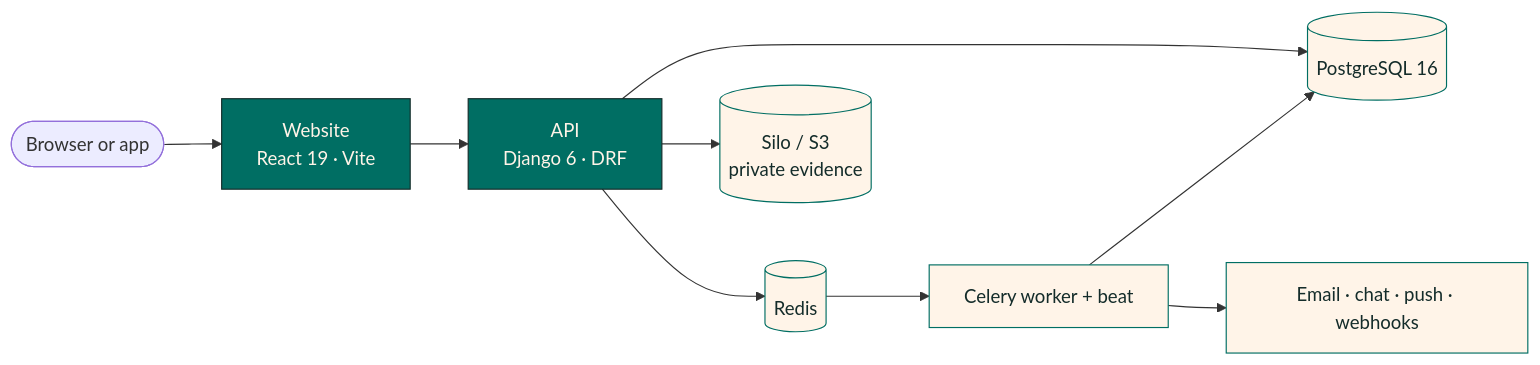
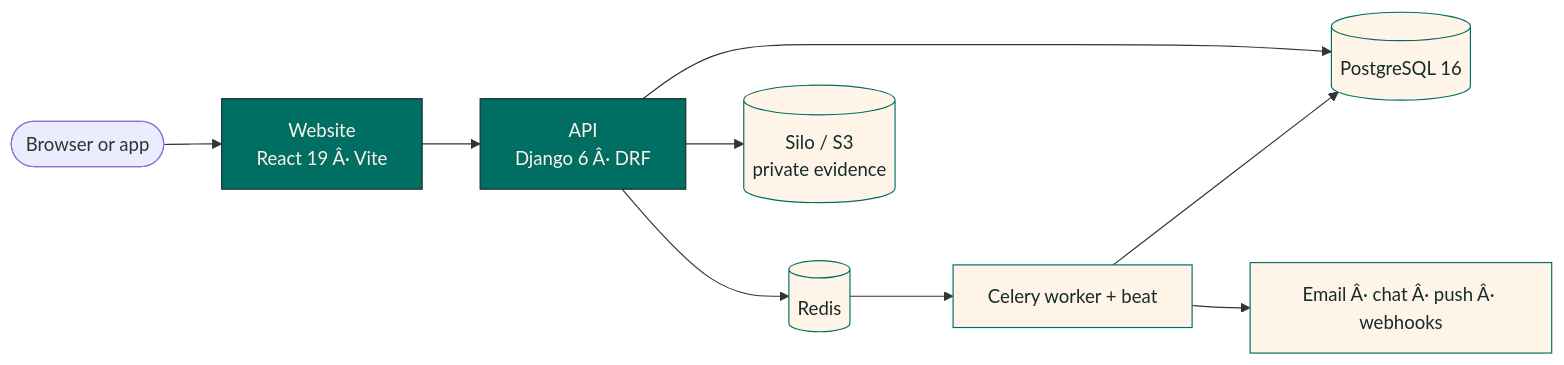
The diagram in README.md (SpaceWorks-Labs/SpaceWorks), drawn with Mermaid before and after one commit. The commit also changed other lines of this file and 4 other files, not shown here.

````diff
--- a/README.md
+++ b/README.md
@@ -222,16 +222,16 @@
 ```mermaid
 flowchart LR
-  browser([Browser or app]) --> web["Website<br/>React 19 · Vite"]
-  web --> api["API<br/>Django 6 · DRF"]
+  browser([Browser or app]) --> web["Website<br/>React 19 Â· Vite"]
+  web --> api["API<br/>Django 6 Â· DRF"]
   api --> db[("PostgreSQL 16")]
   api --> redis[("Redis")]
   api --> s3[("Silo / S3<br/>private evidence")]
   worker["Celery worker + beat"] --> db
-  worker --> out["Email · chat · push · webhooks"]
+  worker --> out["Email Â· chat Â· push Â· webhooks"]
   redis --> worker
 
   classDef core fill:#006E63,stroke:#142C2A,color:#FFF4E8
   classDef service fill:#FFF4E8,stroke:#006E63,color:#142C2A
   class api,web core
   class db,redis,s3,worker,out service
 ```
````
